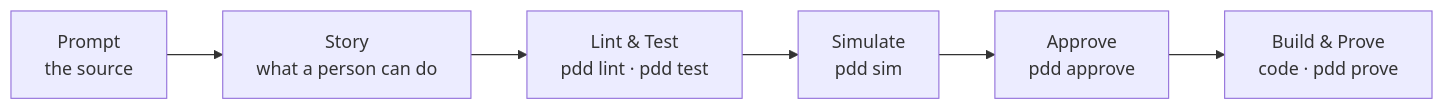
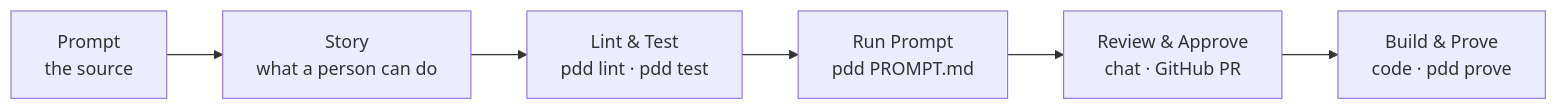
Before and after one commit to zqf20096327/ai_collect: the diagram in data/readmes/promptdriven__pdd.md, drawn with Mermaid. The commit also changed other lines of this file and 3185 other files, not shown here.

````diff
--- a/data/readmes/promptdriven__pdd.md
+++ b/data/readmes/promptdriven__pdd.md
@@ -7,8 +7,8 @@
 ```mermaid
 flowchart LR
   P["Prompt<br/>the source"] --> S["Story<br/>what a person can do"]
   S --> L["Lint & Test<br/>pdd lint · pdd test"]
-  L --> T["Simulate<br/>pdd sim"]
-  T --> A["Approve<br/>pdd approve"]
+  L --> T["Run Prompt<br/>pdd PROMPT.md"]
+  T --> A["Review & Approve<br/>chat · GitHub PR"]
   A --> K["Build & Prove<br/>code · pdd prove"]
 ```
````
